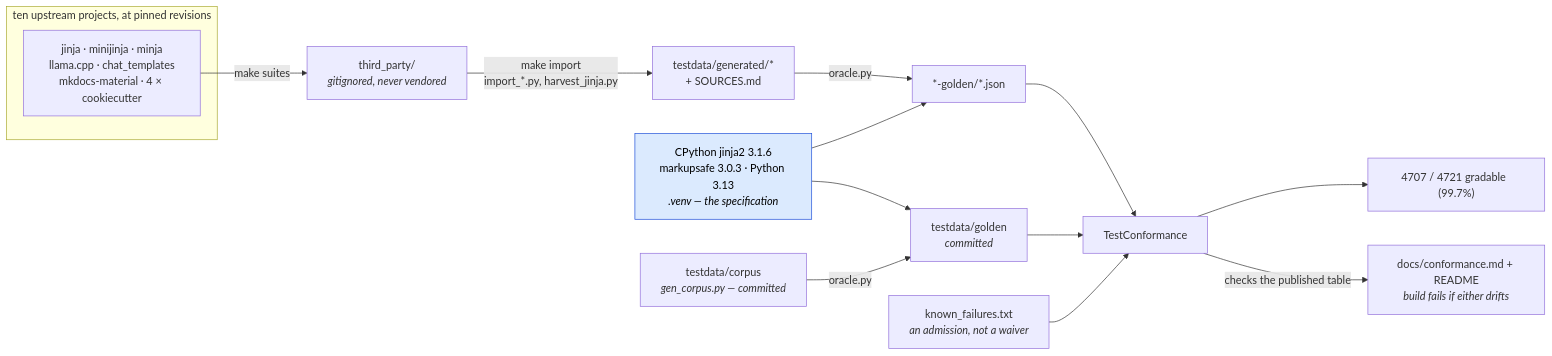
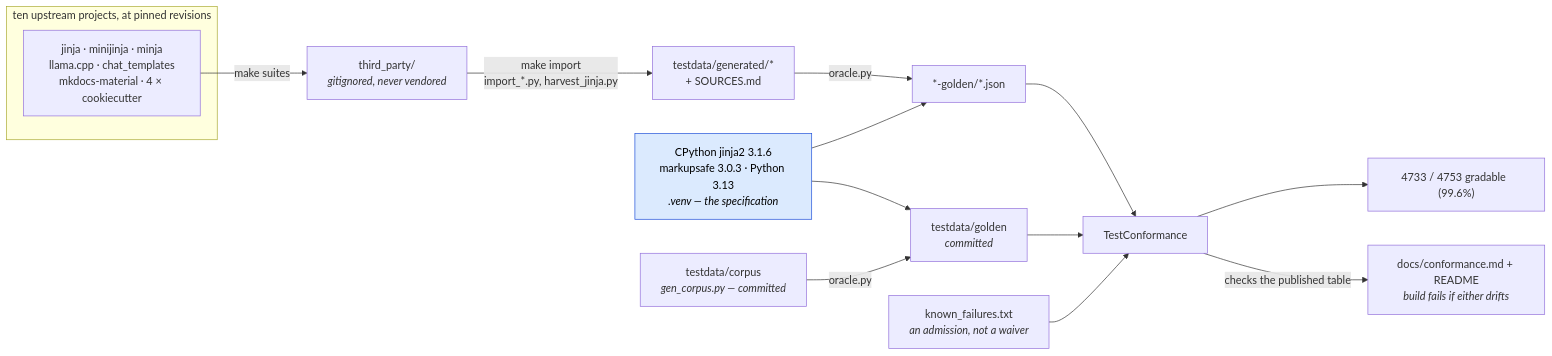
Before and after one commit to mgilbir/gojja2: the first of 2 diagrams in docs/conformance.md, drawn with Mermaid. The commit also changed other lines of this file and 107 other files, not shown here.

````diff
--- a/docs/conformance.md
+++ b/docs/conformance.md
@@ -17,24 +17,24 @@
 ```mermaid
 flowchart LR
     subgraph up["ten upstream projects, at pinned revisions"]
         U1["jinja · minijinja · minja<br/>llama.cpp · chat_templates<br/>mkdocs-material · 4 × cookiecutter"]
     end
     U1 -->|"make suites"| TP["third_party/<br/><i>gitignored, never vendored</i>"]
     TP -->|"make import<br/>import_*.py, harvest_jinja.py"| GEN["testdata/generated/*<br/>+ SOURCES.md"]
 
     ORA["CPython jinja2 3.1.6<br/>markupsafe 3.0.3 · Python 3.13<br/><i>.venv — the specification</i>"]
     GEN -->|"oracle.py"| G2["*-golden/*.json"]
     ORA --> G2
 
     OWN["testdata/corpus<br/><i>gen_corpus.py — committed</i>"] -->|"oracle.py"| G1["testdata/golden<br/><i>committed</i>"]
     ORA --> G1
 
     G1 --> TC["TestConformance"]
     G2 --> TC
     KF["known_failures.txt<br/><i>an admission, not a waiver</i>"] --> TC
-    TC --> RATE["4707 / 4721 gradable  (99.7%)"]
+    TC --> RATE["4733 / 4753 gradable  (99.6%)"]
     TC -->|"checks the published table"| RM["docs/conformance.md + README<br/><i>build fails if either drifts</i>"]
 
     classDef spec fill:#dbeafe,stroke:#1d4ed8,color:#000
     class ORA spec
 ```
````
